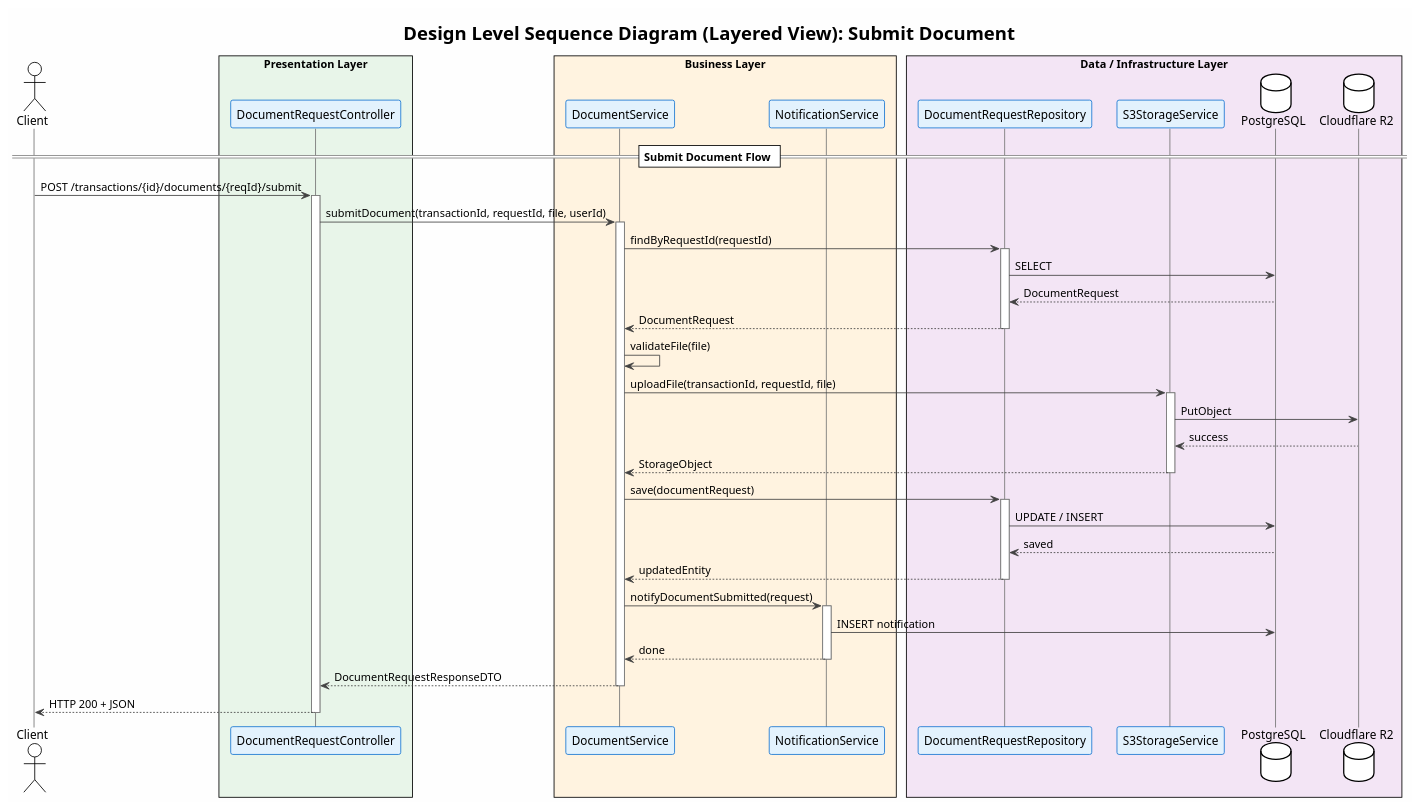
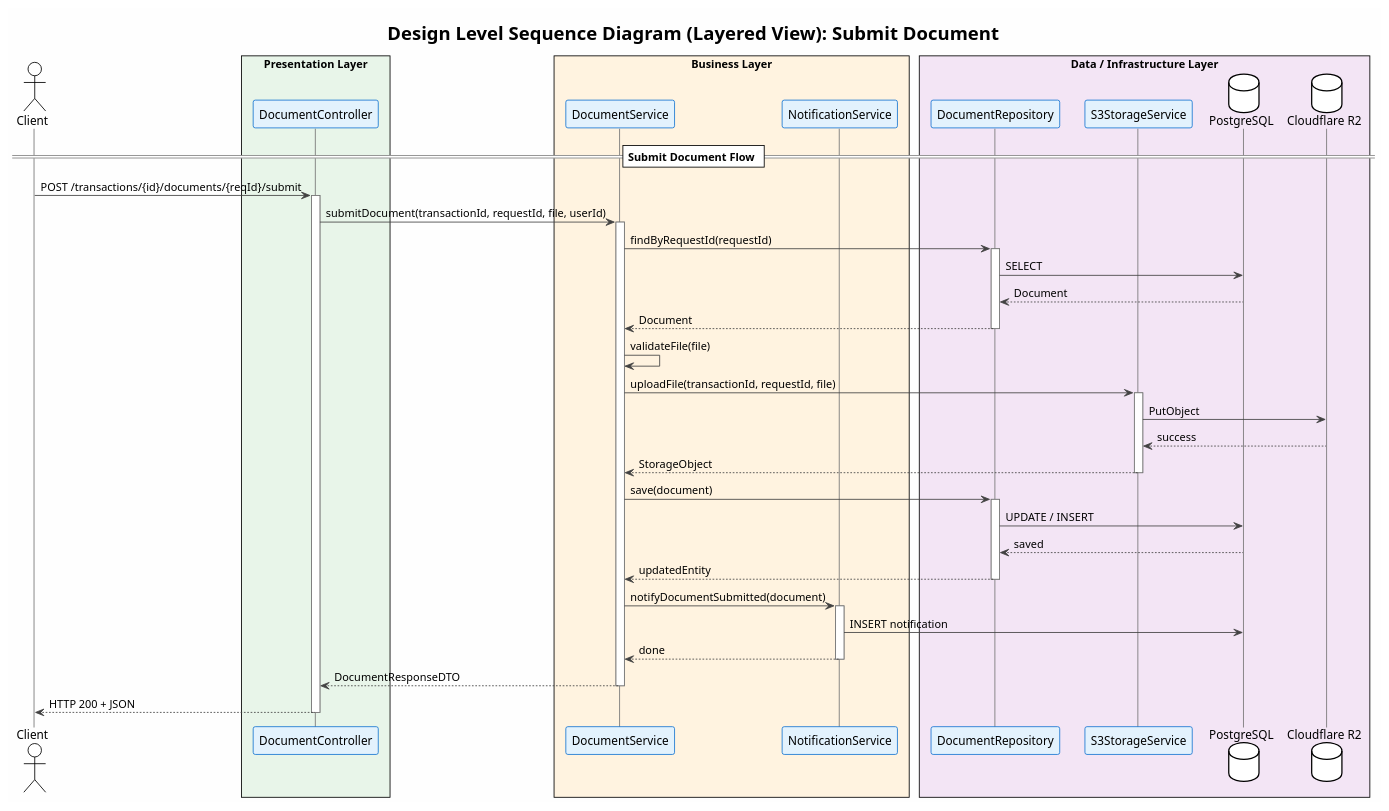
The diagram in docs/PersonalUseCase/Shawn/ManageTransactionDocuments/Artifacts/DesignLevelSequenceDiagramV2.puml (CourtierPro/CourtierPro), drawn with PlantUML before and after one commit. The commit also changed 21 other files, not shown here.

First line of the commit message:
Updated diagrams

```diff
--- a/docs/PersonalUseCase/Shawn/ManageTransactionDocuments/Artifacts/DesignLevelSequenceDiagramV2.puml
+++ b/docs/PersonalUseCase/Shawn/ManageTransactionDocuments/Artifacts/DesignLevelSequenceDiagramV2.puml
@@ -1,69 +1,69 @@
 @startuml DesignLevelSequenceDiagramV2
 !theme plain
 skinparam backgroundColor #FEFEFE
 skinparam ParticipantBackgroundColor #E3F2FD
 skinparam ParticipantBorderColor #1976D2
 skinparam SequenceLifeLineBorderColor #757575
 skinparam ArrowColor #424242
 
 title Design Level Sequence Diagram (Layered View): Submit Document
 
 actor "Client" as Client
 box "Presentation Layer" #E8F5E9
-  participant "DocumentRequestController" as Controller
+  participant "DocumentController" as Controller
 end box
 box "Business Layer" #FFF3E0
   participant "DocumentService" as Service
   participant "NotificationService" as Notif
 end box
 box "Data / Infrastructure Layer" #F3E5F5
-  participant "DocumentRequestRepository" as DocRepo
+  participant "DocumentRepository" as DocRepo
   participant "S3StorageService" as Storage
   database "PostgreSQL" as DB
   database "Cloudflare R2" as R2
 end box
 
 == Submit Document Flow ==
 
 Client -> Controller: POST /transactions/{id}/documents/{reqId}/submit
 activate Controller
 
 Controller -> Service: submitDocument(transactionId, requestId, file, userId)
 activate Service
 
 Service -> DocRepo: findByRequestId(requestId)
 activate DocRepo
 DocRepo -> DB: SELECT
-DB --> DocRepo: DocumentRequest
-DocRepo --> Service: DocumentRequest
+DB --> DocRepo: Document
+DocRepo --> Service: Document
 deactivate DocRepo
 
 Service -> Service: validateFile(file)
 
 Service -> Storage: uploadFile(transactionId, requestId, file)
 activate Storage
 Storage -> R2: PutObject
 R2 --> Storage: success
 Storage --> Service: StorageObject
 deactivate Storage
 
-Service -> DocRepo: save(documentRequest)
+Service -> DocRepo: save(document)
 activate DocRepo
 DocRepo -> DB: UPDATE / INSERT
 DB --> DocRepo: saved
 DocRepo --> Service: updatedEntity
 deactivate DocRepo
 
-Service -> Notif: notifyDocumentSubmitted(request)
+Service -> Notif: notifyDocumentSubmitted(document)
 activate Notif
 Notif -> DB: INSERT notification
 Notif --> Service: done
 deactivate Notif
 
-Service --> Controller: DocumentRequestResponseDTO
+Service --> Controller: DocumentResponseDTO
 deactivate Service
 
 Controller --> Client: HTTP 200 + JSON
 deactivate Controller
 
 @enduml
```
